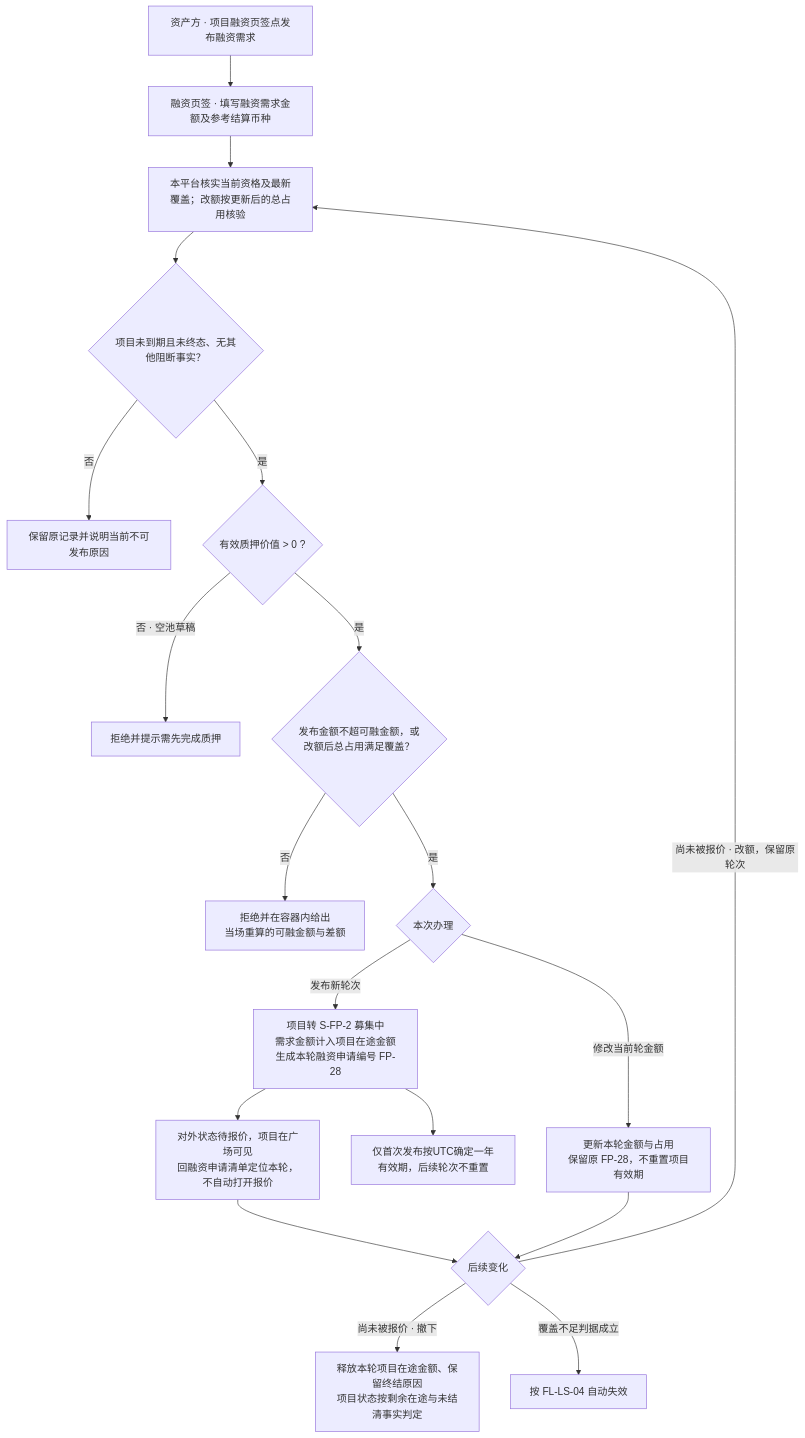
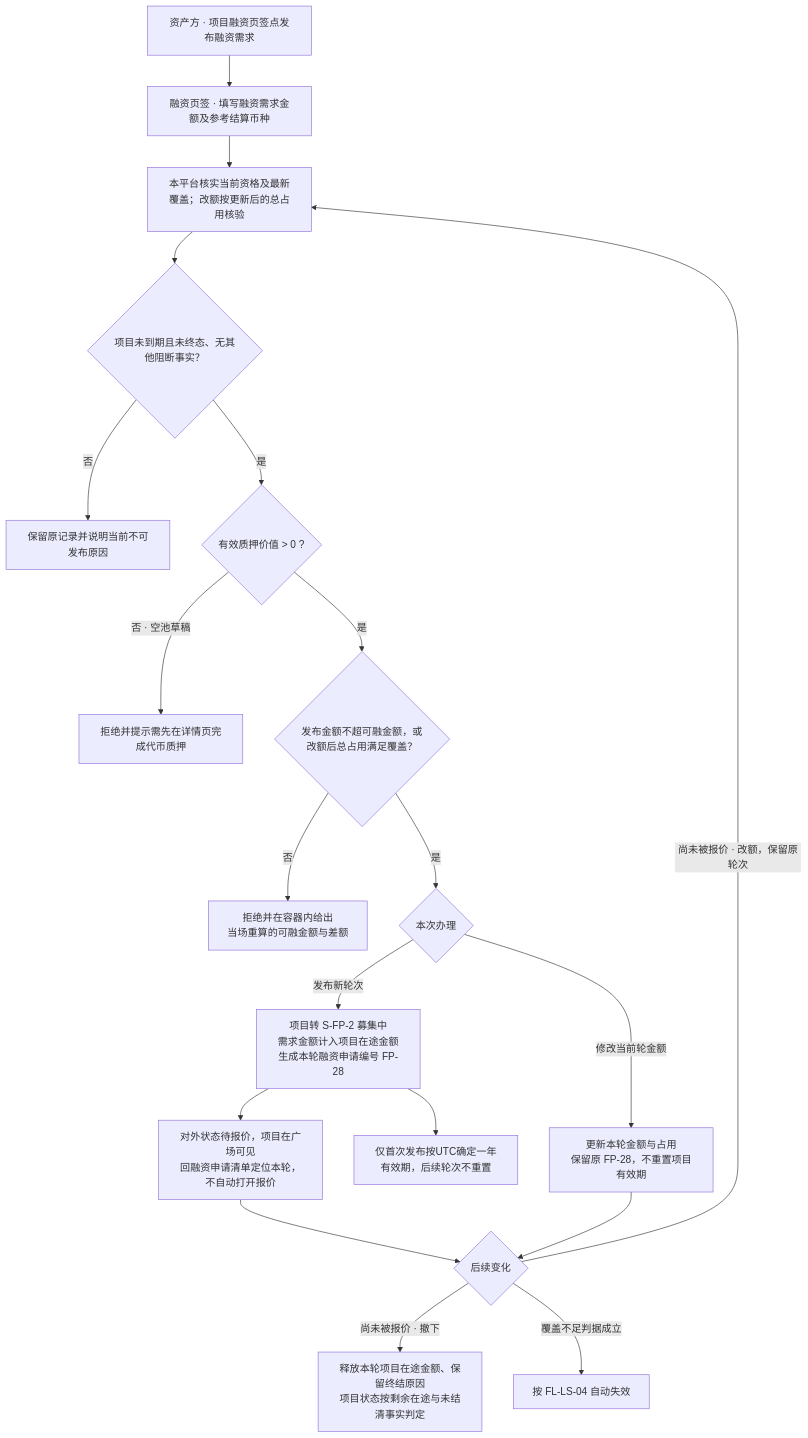
The second of 10 diagrams in lending-platform/PRD/v1.0-借贷广场-融资需求与代币质押/02-融资需求与代币质押-流程图与状态机.md (wxblockchain/Chain-Financing), drawn with Mermaid before and after one commit. The commit also changed other lines of this file and 4 other files, not shown here.

````diff
--- a/lending-platform/PRD/v1.0-借贷广场-融资需求与代币质押/02-融资需求与代币质押-流程图与状态机.md
+++ b/lending-platform/PRD/v1.0-借贷广场-融资需求与代币质押/02-融资需求与代币质押-流程图与状态机.md
@@ -64,21 +67,21 @@
 ```mermaid
 flowchart TD
   A["资产方 · 项目融资页签点发布融资需求"] --> B["融资页签 · 填写融资需求金额及参考结算币种"]
   B --> C["本平台核实当前资格及最新覆盖；改额按更新后的总占用核验"]
   C --> P{"项目未到期且未终态、无其他阻断事实？"}
   P -- "否" --> STOP["保留原记录并说明当前不可发布原因"]
   P -- "是" --> D{"有效质押价值 > 0 ?"}
-  D -- "否 · 空池草稿" --> E["拒绝并提示需先完成质押"]
+  D -- "否 · 空池草稿" --> E["拒绝并提示需先在详情页完成代币质押"]
   D -- "是" --> F{"发布金额不超可融金额，或改额后总占用满足覆盖？"}
   F -- "否" --> G["拒绝并在容器内给出<br/>当场重算的可融金额与差额"]
   F -- "是" --> T{"本次办理"}
   T -- "发布新轮次" --> H["项目转 S-FP-2 募集中<br/>需求金额计入项目在途金额<br/>生成本轮融资申请编号 FP-28"]
   T -- "修改当前轮金额" --> R["更新本轮金额与占用<br/>保留原 FP-28，不重置项目有效期"]
   H --> I["仅首次发布按UTC确定一年有效期，后续轮次不重置"]
   H --> J["对外状态待报价，项目在广场可见<br/>回融资申请清单定位本轮，不自动打开报价"]
   J --> K{"后续变化"}
   R --> K
   K -- "尚未被报价 · 改额，保留原轮次" --> C
   K -- "尚未被报价 · 撤下" --> L["释放本轮项目在途金额、保留终结原因<br/>项目状态按剩余在途与未结清事实判定"]
   K -- "覆盖不足判据成立" --> M["按 FL-LS-04 自动失效"]
 ```
````
